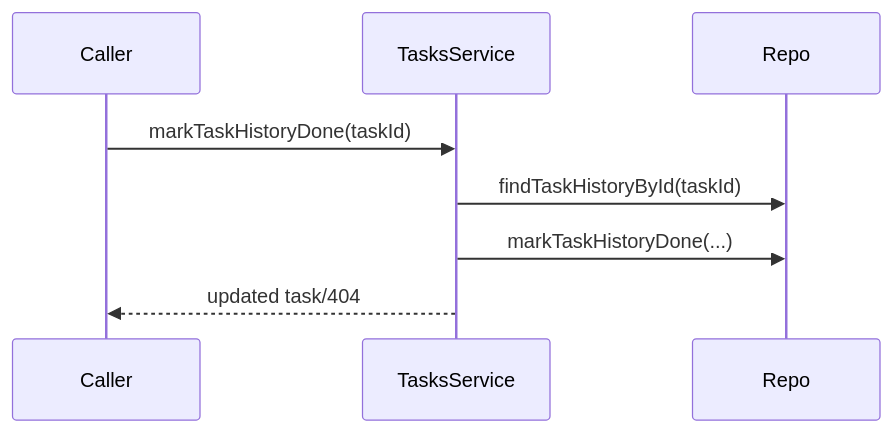
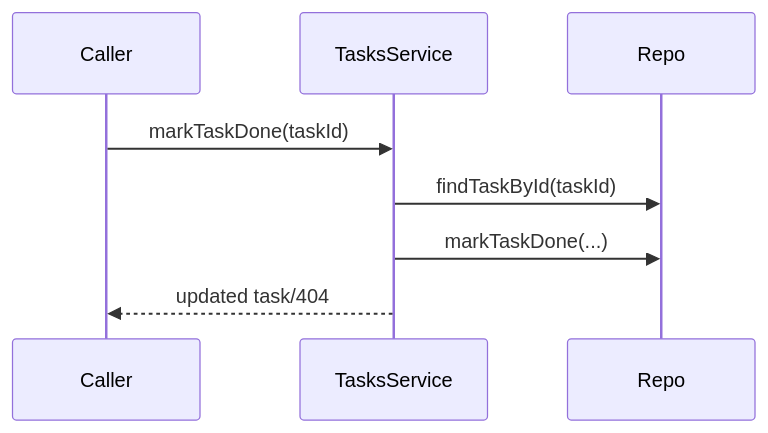
One commit to TurtleStoffel/tektite-console changed the fourth of 8 diagrams in src/backend/domains/tasks/README.md. Above: the diagram before and after it, drawn with Mermaid. The commit also changed other lines of this file and 11 other files, not shown here.

Commit message:
Rename Task History to Task

````diff
--- a/src/backend/domains/tasks/README.md
+++ b/src/backend/domains/tasks/README.md
@@ -44,10 +44,10 @@
 ```mermaid
 sequenceDiagram
     participant Caller
     participant TasksService
     participant Repo
-    Caller->>TasksService: markTaskHistoryDone(taskId)
-    TasksService->>Repo: findTaskHistoryById(taskId)
-    TasksService->>Repo: markTaskHistoryDone(...)
+    Caller->>TasksService: markTaskDone(taskId)
+    TasksService->>Repo: findTaskById(taskId)
+    TasksService->>Repo: markTaskDone(...)
     TasksService-->>Caller: updated task/404
 ```
````
